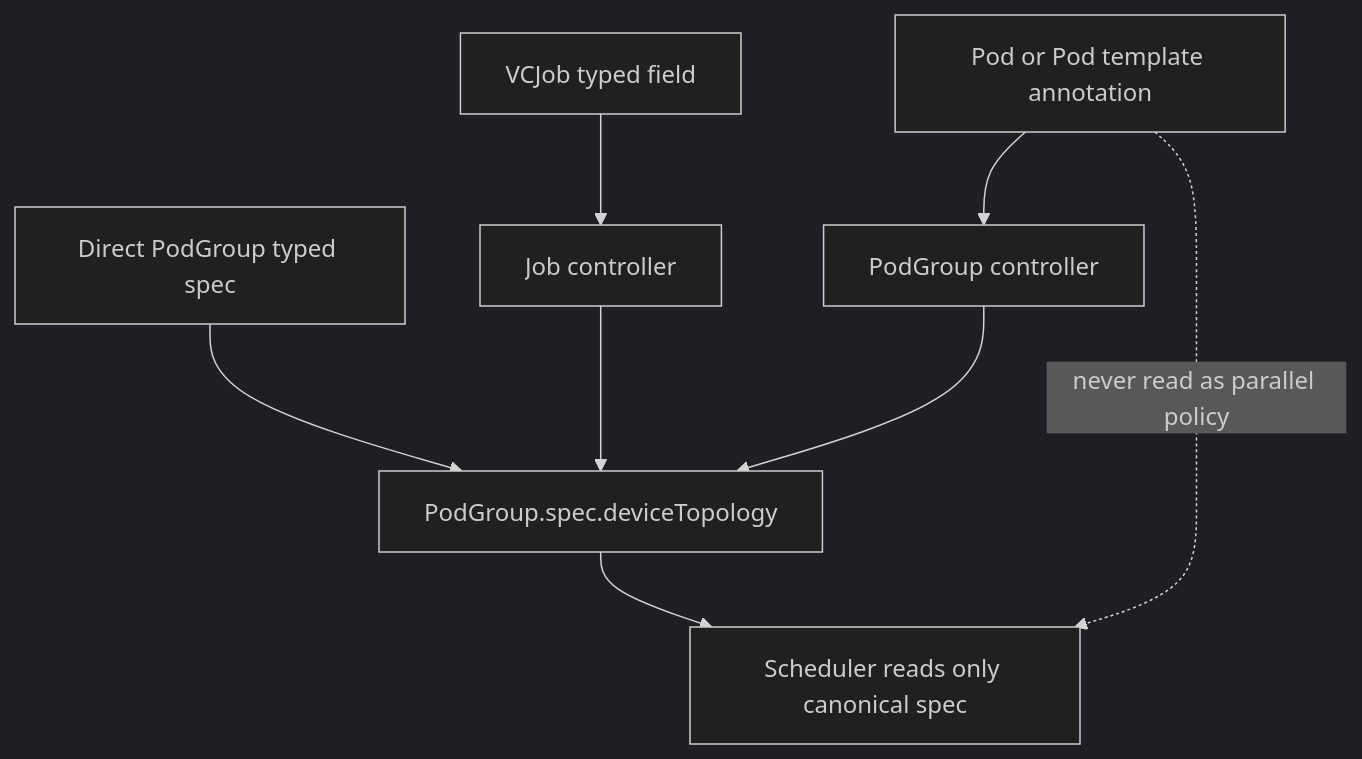
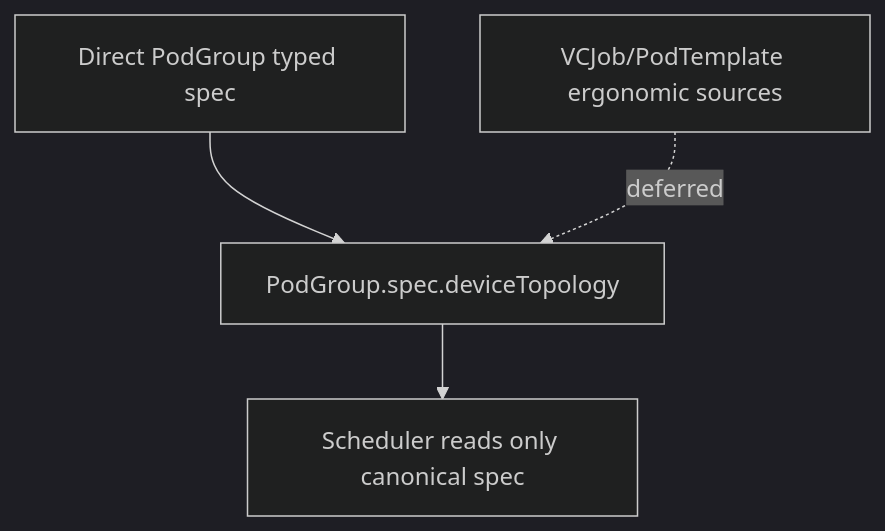
The third of 4 diagrams in docs/design/xpu-topology-aware/99-generic-xpu-topology-aware-design-zh-v4.md (SiuMai99/volcano), drawn with Mermaid (dark theme) before and after one commit. The commit also changed other lines of this file and 2 other files, not shown here.

```diff
--- a/docs/design/xpu-topology-aware/99-generic-xpu-topology-aware-design-zh-v4.md
+++ b/docs/design/xpu-topology-aware/99-generic-xpu-topology-aware-design-zh-v4.md
@@ -580,10 +534,6 @@
 ~~~mermaid
 flowchart TD
-    Job["VCJob typed field"] --> JobCtl["Job controller"]
     Direct["Direct PodGroup typed spec"] --> Canonical["PodGroup.spec.deviceTopology"]
-    Pod["Pod or Pod template annotation"] --> PGCtl["PodGroup controller"]
-    JobCtl --> Canonical
-    PGCtl --> Canonical
     Canonical --> Scheduler["Scheduler reads only canonical spec"]
-    Pod -. "never read as parallel policy" .-> Scheduler
+    Deferred["VCJob/PodTemplate ergonomic sources"] -. "deferred" .-> Canonical
 ~~~
```
